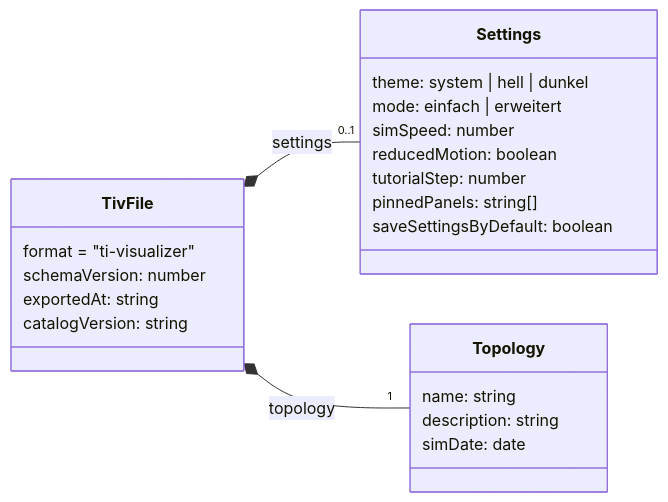
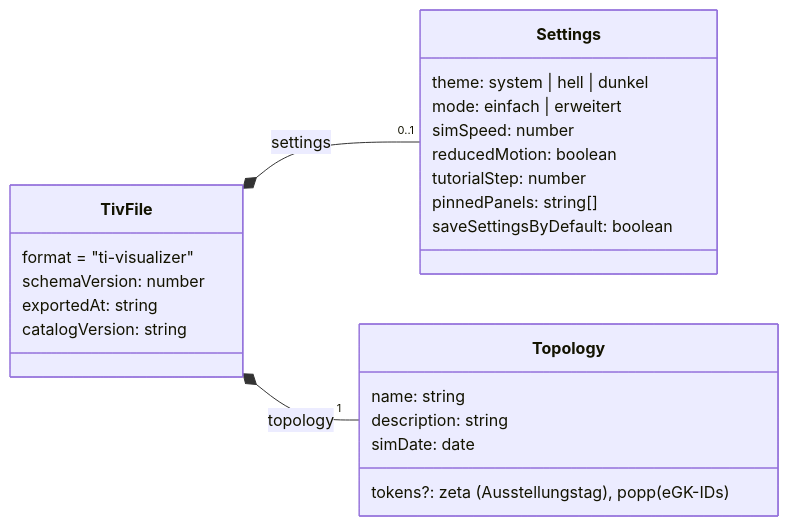
Before and after one commit to jurie2000/ti-visualizer: the third of 10 diagrams in docu/001-ti-visualizer-baukasten/architektur.md, drawn with Mermaid. The commit also changed 9 other files, not shown here.

````diff
--- a/docu/001-ti-visualizer-baukasten/architektur.md
+++ b/docu/001-ti-visualizer-baukasten/architektur.md
@@ -158,26 +158,27 @@
 ```mermaid
 classDiagram
     direction LR
     class TivFile {
         format = "ti-visualizer"
         schemaVersion: number
         exportedAt: string
         catalogVersion: string
     }
     class Settings {
         theme: system | hell | dunkel
         mode: einfach | erweitert
         simSpeed: number
         reducedMotion: boolean
         tutorialStep: number
         pinnedPanels: string[]
         saveSettingsByDefault: boolean
     }
     class Topology {
         name: string
         description: string
         simDate: date
+        tokens?: zeta (Ausstellungstag), popp (eGK-IDs)
     }
     TivFile *-- "0..1" Settings : settings
     TivFile *-- "1" Topology : topology
 ```
````
